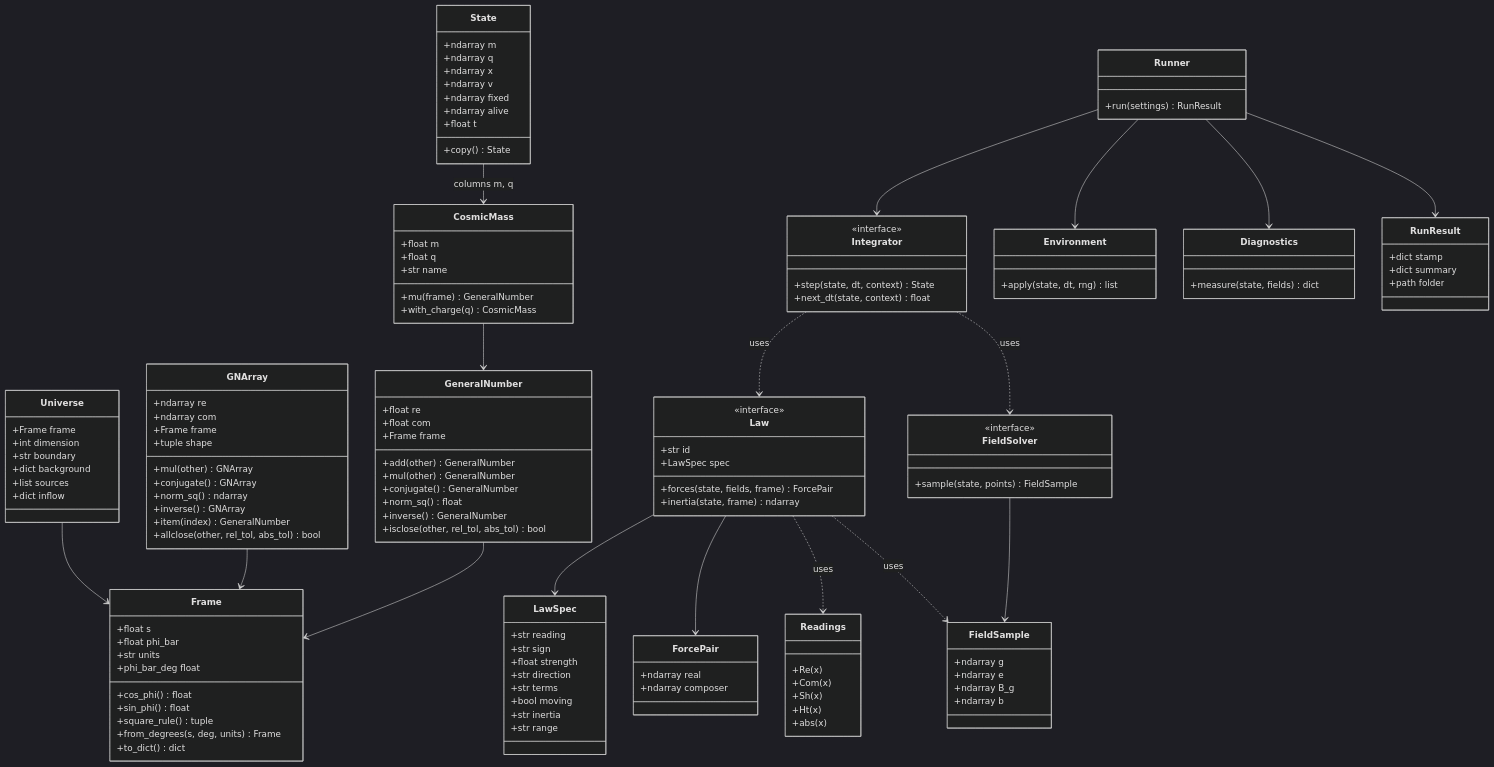
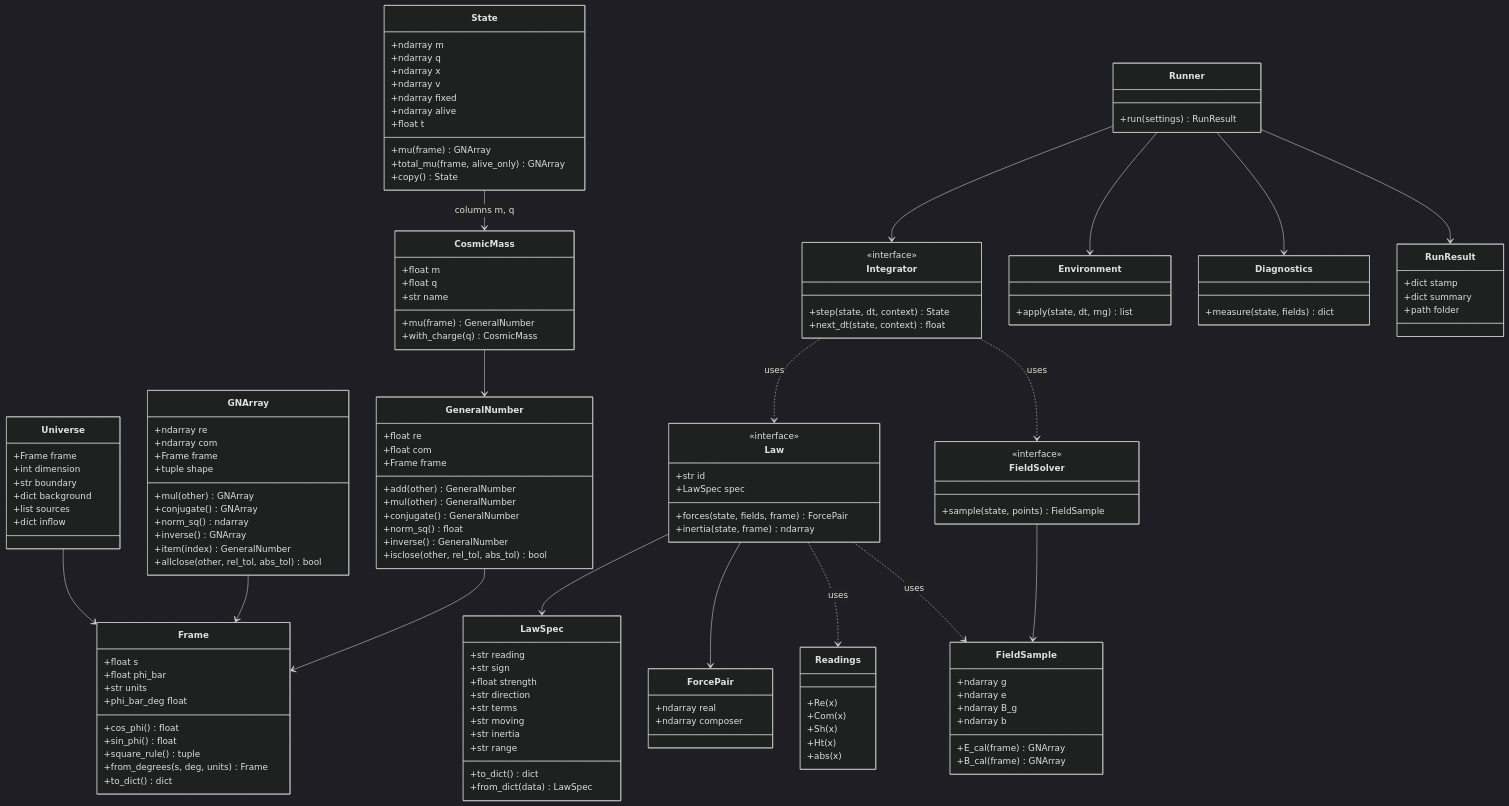
Before and after one commit to MostafaDerraz/cosmic-mass-lab: the third of 8 diagrams in ARCHITECTURE.md, drawn with Mermaid (dark theme). The commit also changed other lines of this file and 14 other files, not shown here.

```diff
--- a/ARCHITECTURE.md
+++ b/ARCHITECTURE.md
@@ -269,6 +279,8 @@
         +ndarray fixed
         +ndarray alive
         +float t
+        +mu(frame) GNArray
+        +total_mu(frame, alive_only) GNArray
         +copy() State
     }
     class Universe {
@@ -284,6 +296,8 @@
         +ndarray e
         +ndarray B_g
         +ndarray b
+        +E_cal(frame) GNArray
+        +B_cal(frame) GNArray
     }
     class FieldSolver {
         <<interface>>
@@ -295,9 +309,11 @@
         +float strength
         +str direction
         +str terms
-        +bool moving
+        +str moving
         +str inertia
         +str range
+        +to_dict() dict
+        +from_dict(data) LawSpec
     }
     class Law {
         <<interface>>
```
